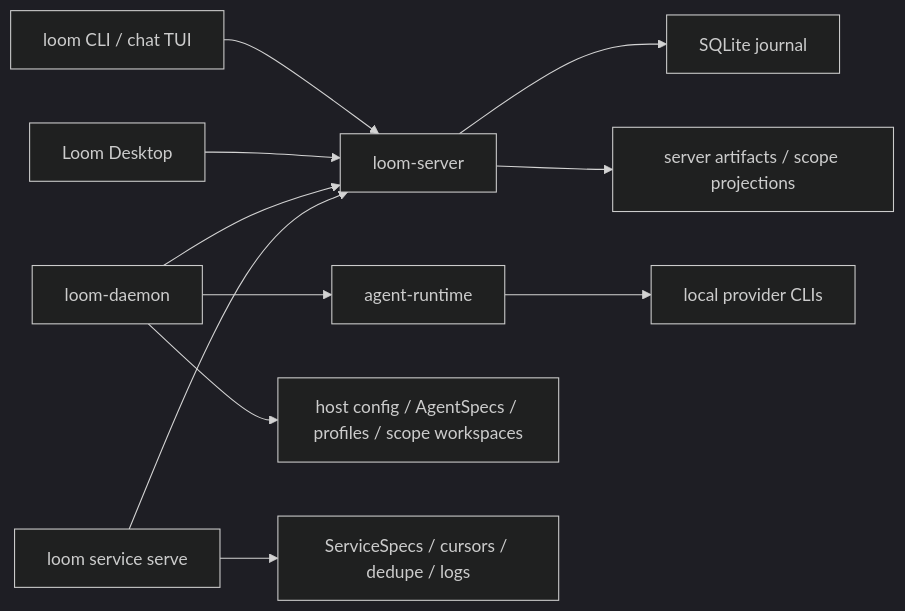
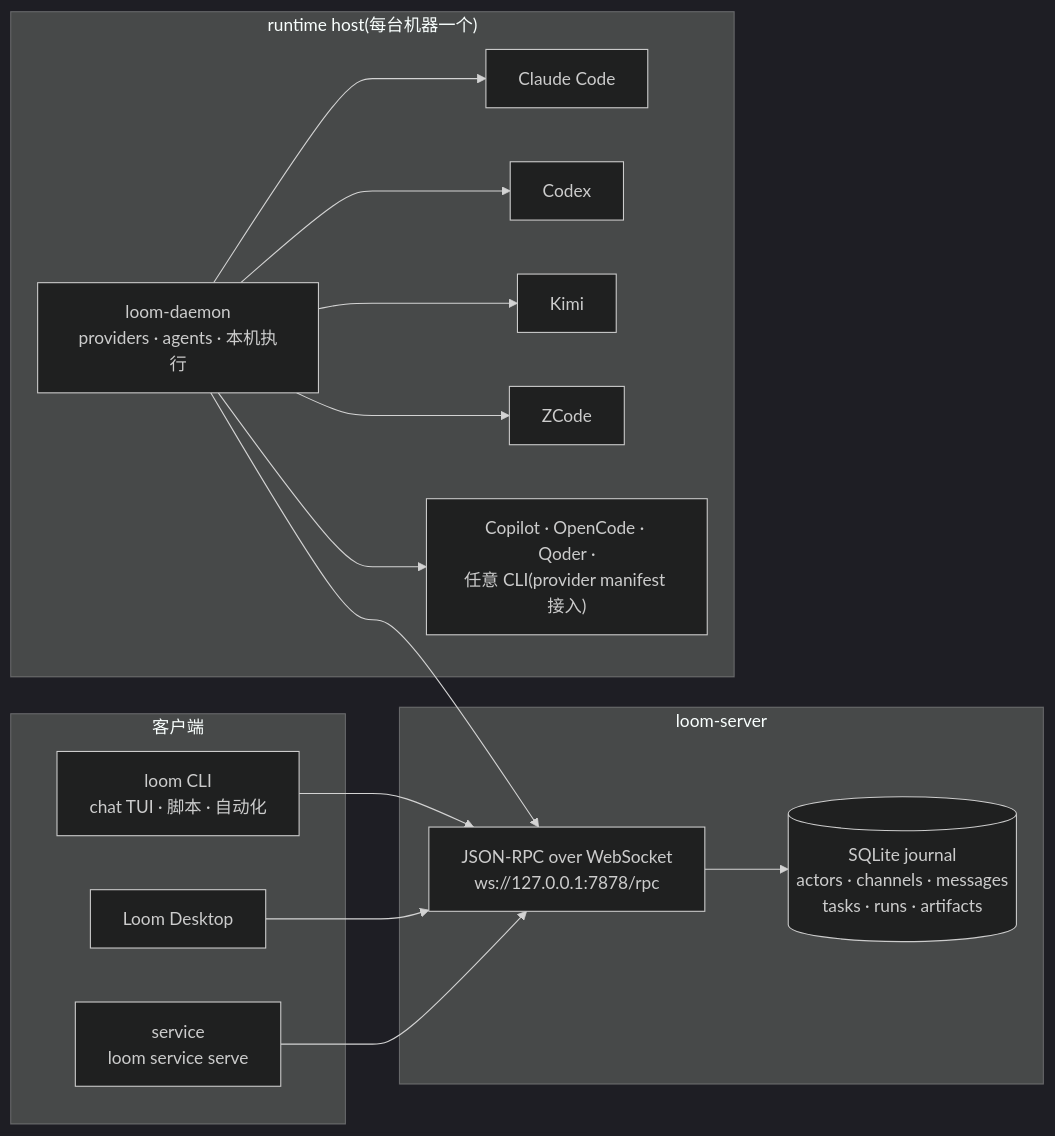
One commit to wyw-ai/loom changed the diagram in README.zh-CN.md. Above: the diagram before and after it, drawn with Mermaid (dark theme). The commit also changed other lines of this file and 1 other file, not shown here.

Commit message:
docs: replace abstract architecture diagram with concrete components
- show loom CLI / Loom Desktop / services connecting to loom-server
  (JSON-RPC over WebSocket, SQLite journal contents spelled out)
- show loom-daemon on each runtime host launching Claude Code, Codex,
  Kimi, ZCode, and other provider CLIs
- move the architecture section up right after How It Works
- keep English and zh-CN versions in sync

````diff
--- a/README.zh-CN.md
+++ b/README.zh-CN.md
@@ -161,13 +53,33 @@
 ```mermaid
 flowchart LR
-  cli["loom CLI / chat TUI"] --> server["loom-server"]
-  gui["Loom Desktop"] --> server
-  daemon["loom-daemon"] --> server
-  service["loom service serve"] --> server
-  daemon --> runtime["agent-runtime"]
-  runtime --> providers["local provider CLIs"]
-  daemon --> hostdata["host config / AgentSpecs / profiles / scope workspaces"]
-  service --> svcstate["ServiceSpecs / cursors / dedupe / logs"]
-  server --> store["SQLite journal"]
-  server --> files["server artifacts / scope projections"]
+  subgraph clients["客户端"]
+    cli["loom CLI<br/>chat TUI · 脚本 · 自动化"]
+    gui["Loom Desktop"]
+    svc["service<br/>loom service serve"]
+  end
+
+  subgraph srv["loom-server"]
+    rpc["JSON-RPC over WebSocket<br/>ws://127.0.0.1:7878/rpc"]
+    db[("SQLite journal<br/>actors · channels · messages<br/>tasks · runs · artifacts")]
+    rpc --> db
+  end
+
+  subgraph host["runtime host(每台机器一个)"]
+    daemon["loom-daemon<br/>providers · agents · 本机执行"]
+    claude["Claude Code"]
+    codex["Codex"]
+    kimi["Kimi"]
+    zcode["ZCode"]
+    more["Copilot · OpenCode · Qoder ·<br/>任意 CLI(provider manifest 接入)"]
+    daemon --> claude
+    daemon --> codex
+    daemon --> kimi
+    daemon --> zcode
+    daemon --> more
+  end
+
+  cli --> rpc
+  gui --> rpc
+  svc --> rpc
+  daemon --> rpc
 ```
````
